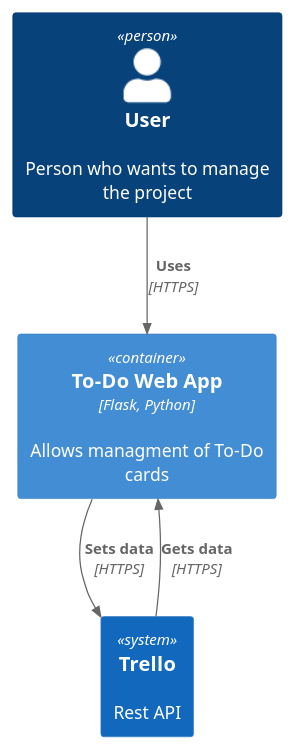
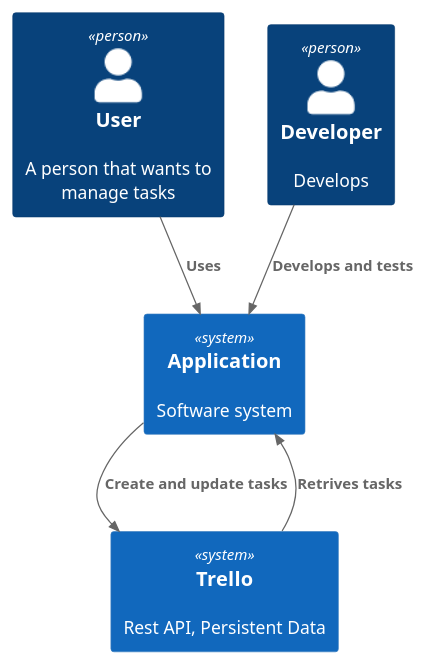
Before and after one commit to bytesontherocks/DevOps-Course-Starter: the diagram in documentation/architecture/context.puml, drawn with PlantUML. The commit also changed 1 other file, not shown here.

Commit message:
add container diagram

```diff
--- a/documentation/architecture/context.puml
+++ b/documentation/architecture/context.puml
@@ -1,11 +1,13 @@
-@startuml to_do_context
+@startuml context_diagram
 !include https://raw.githubusercontent.com/plantuml-stdlib/C4-PlantUML/master/C4_Container.puml
 
-Person(user, "User", "Person who wants to manage the project")
-Container(web_app, "To-Do Web App", "Flask, Python", "Allows managment of To-Do cards")
-System(trello, "Trello", "Rest API")
+Person(user, "User", "A person that wants to manage tasks")
+Person(developer, "Developer", "Develops")
+System(app, "Application", "Software system")
+System(trello, "Trello", "Rest API, Persistent Data")
 
-Rel(user, web_app, "Uses", "HTTPS")
-Rel(web_app, trello, "Sets data", "HTTPS")
-Rel(trello, web_app, "Gets data", "HTTPS")
-@enduml
+Rel(user, app, "Uses")
+Rel(developer, app, "Develops and tests")
+Rel(app, trello, "Create and update tasks")
+Rel(trello, app, "Retrives tasks")
+@endumls
```
